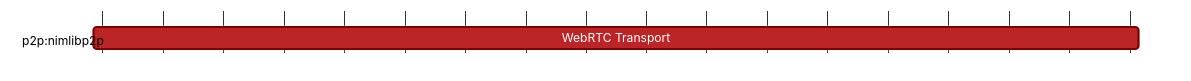
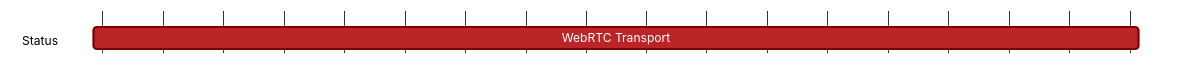
One commit to logos-co/roadmap changed the diagram in content/roadmap/vac/p2p/nimlibp2p/vac/webrtc-transport.md. Above: the diagram before and after it, drawn with Mermaid.

Commit message:
vac roadmap fix gantt cont'

````diff
--- a/content/roadmap/vac/p2p/nimlibp2p/vac/webrtc-transport.md
+++ b/content/roadmap/vac/p2p/nimlibp2p/vac/webrtc-transport.md
@@ -7,19 +7,19 @@
 ```mermaid
 %%{ 
   init: { 
     'theme': 'base', 
     'themeVariables': { 
       'primaryColor': '#BB2528', 
       'primaryTextColor': '#fff', 
       'primaryBorderColor': '#7C0000', 
       'lineColor': '#F8B229', 
       'secondaryColor': '#006100', 
       'tertiaryColor': '#fff' 
     } 
   } 
 }%%
 gantt
   dateFormat YYYY-MM-DD
-  section p2p:nimlibp2p
+  section Status
     WebRTC Transport: , 2023-04-01, 2023-07-31
 ```
````
